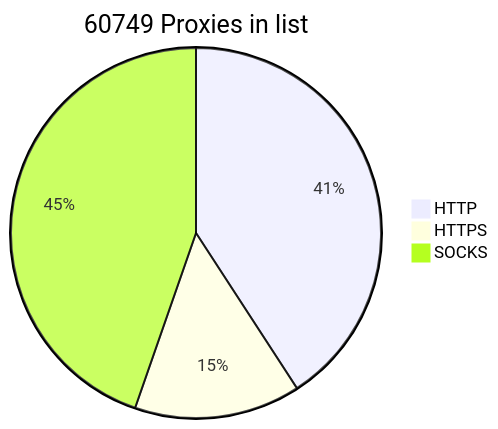
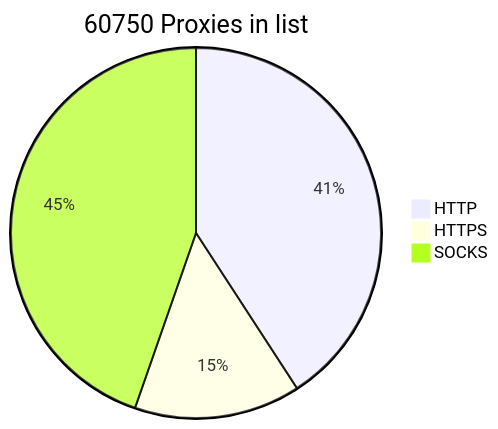
Before and after one commit to BlackSnowDot/proxylist-update-every-minute: the diagram in README.md, drawn with Mermaid.

````diff
--- a/README.md
+++ b/README.md
@@ -2,6 +2,6 @@
 ```mermaid
-pie title 60749 Proxies in list
-    "HTTP" : 28090
-    "HTTPS": 9985
+pie title 60750 Proxies in list
+    "HTTP" : 28093
+    "HTTPS": 9987
     "SOCKS" : 30735
 ```
````
